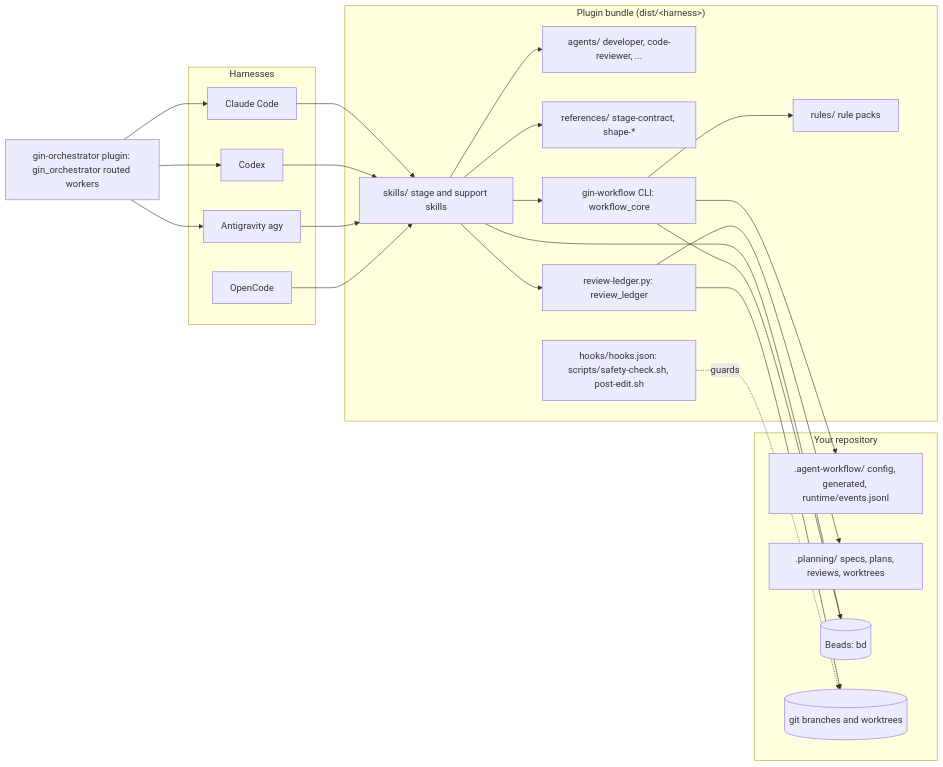
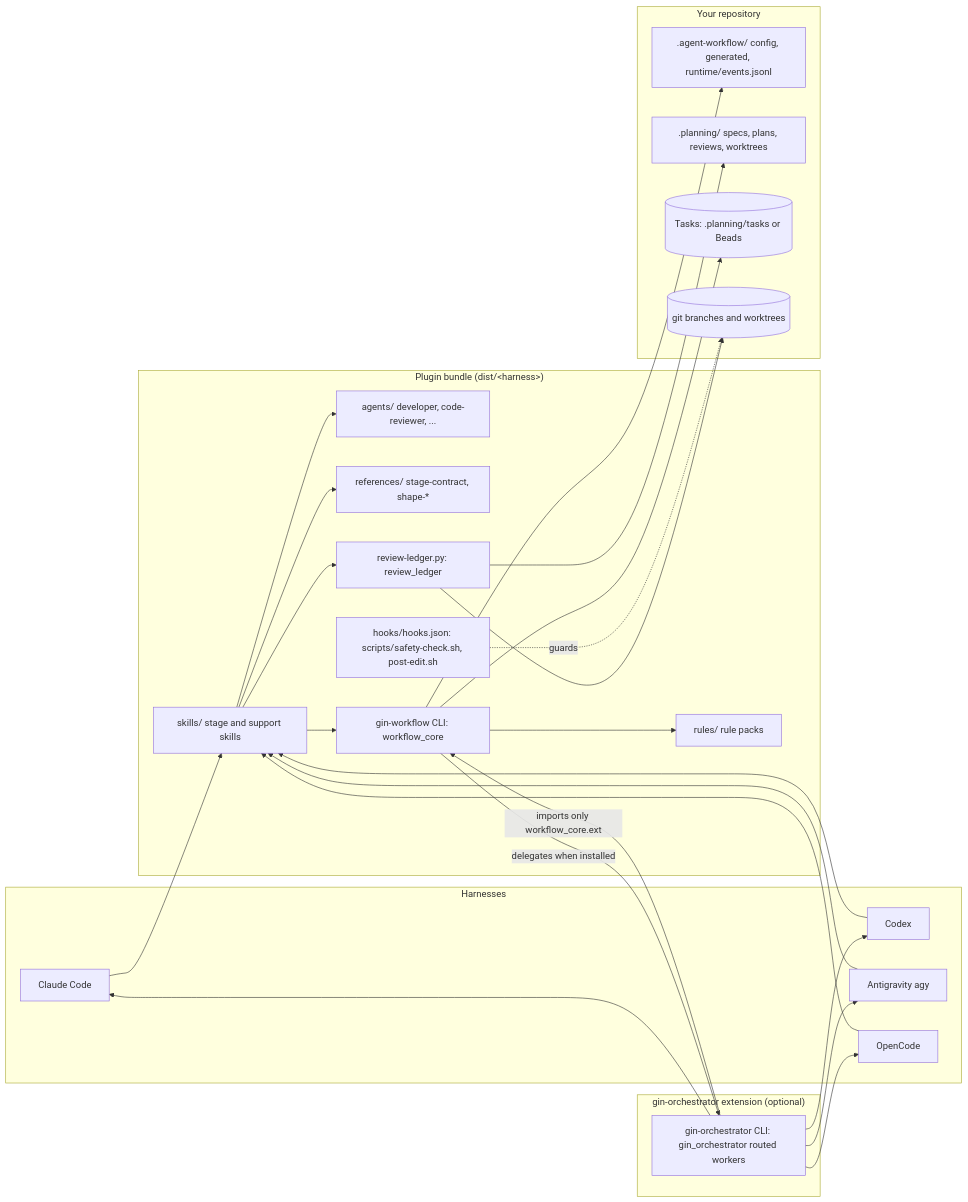
Before and after one commit to giangdhwhtbr/gin-workflow: the first of 6 diagrams in docs/concepts/architecture.md, drawn with Mermaid. The commit also changed other lines of this file and 21 other files, not shown here.

First line of the commit message:
docs: describe a single-harness gin-workflow with gin-orchestrator as an extension

````diff
--- a/docs/concepts/architecture.md
+++ b/docs/concepts/architecture.md
@@ -7,38 +7,41 @@
 ```mermaid
 flowchart LR
     subgraph Harnesses
         CC[Claude Code]
         CX[Codex]
         AG[Antigravity agy]
         OC[OpenCode]
     end
     subgraph Bundle["Plugin bundle (dist/&lt;harness&gt;)"]
         SK[skills/ stage and support skills]
         AGT[agents/ developer, code-reviewer, ...]
         REF[references/ stage-contract, shape-*]
         RUL[rules/ rule packs]
         HK[hooks/hooks.json: scripts/safety-check.sh, post-edit.sh]
         CLI[gin-workflow CLI: workflow_core]
         RL[review-ledger.py: review_ledger]
     end
-    PRV[gin-orchestrator plugin: gin_orchestrator routed workers]
+    subgraph EXT["gin-orchestrator extension (optional)"]
+        ORC[gin-orchestrator CLI: gin_orchestrator routed workers]
+    end
     subgraph Repo["Your repository"]
         CFG[.agent-workflow/ config, generated, runtime/events.jsonl]
         PLN[.planning/ specs, plans, reviews, worktrees]
-        BD[(Beads: bd)]
+        TK[(Tasks: .planning/tasks or Beads)]
         GIT[(git branches and worktrees)]
     end
     CC & CX & AG & OC --> SK
     SK --> AGT
     SK --> REF
     SK --> CLI
     SK --> RL
-    SK --> BD
     CLI --> RUL
     CLI --> CFG
-    CLI --> BD
+    CLI --> TK
     RL --> PLN
     RL --> GIT
-    PRV --> CC & CX & AG
+    CLI -->|delegates when installed| ORC
+    ORC -->|imports only workflow_core.ext| CLI
+    ORC --> CC & CX & AG & OC
     HK -.guards.-> GIT
 ```
````
